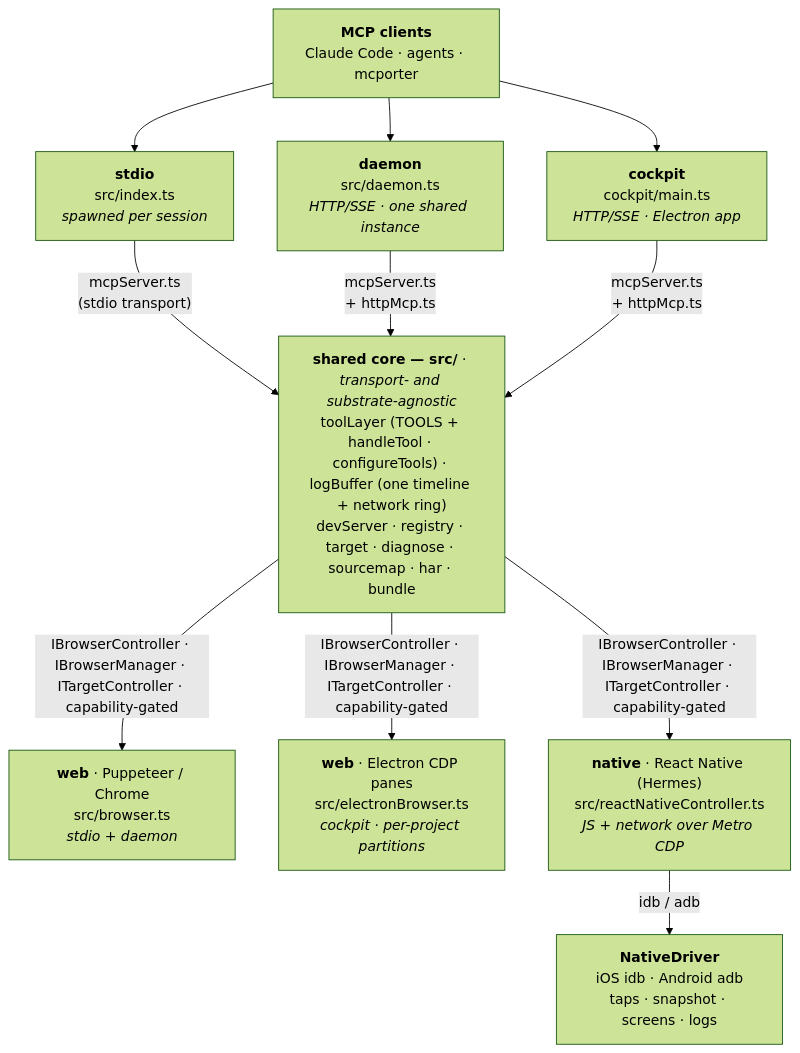
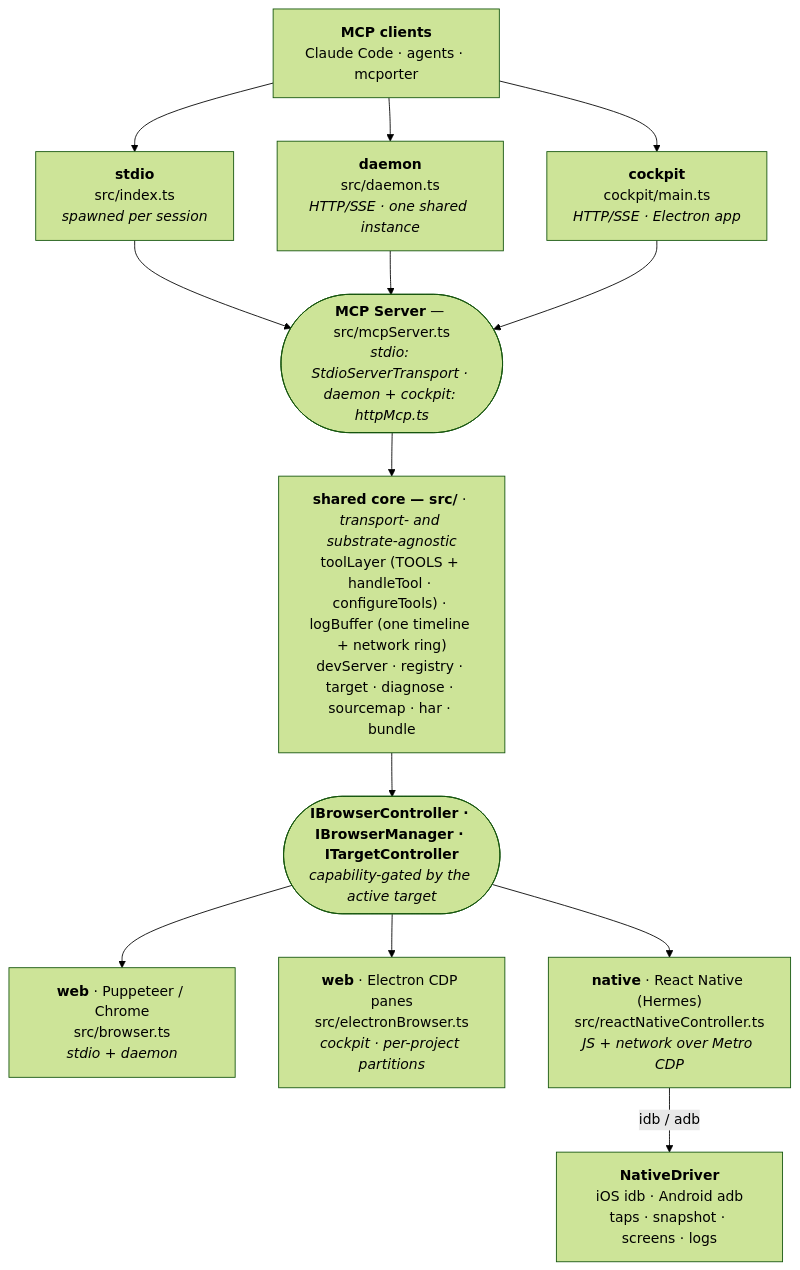
One commit to vincentvella/devloop changed the diagram in README.md. Above: the diagram before and after it, drawn with Mermaid (forest theme). The commit also changed 1 other file, not shown here.

Commit message:
docs: collapse the fan edges into single boundary nodes (no identical boxes)
The two fans (transports→core, core→substrates) repeated the same edge label on every
branch, rendering as identical boxes. Replace each with one rounded boundary node — an
"MCP Server (mcpServer.ts; stdio transport or httpMcp.ts)" node on top and an
"IBrowserController · IBrowserManager · ITargetController (capability-gated)" node below.
Every box is now unique. README + site updated, site re-verified headlessly.

````diff
--- a/README.md
+++ b/README.md
@@ -38,23 +38,26 @@
 ```mermaid
 flowchart TD
   clients["<b>MCP clients</b><br/>Claude Code · agents · mcporter"]
   clients --> stdio & daemon & cockpit
 
   stdio["<b>stdio</b><br/>src/index.ts<br/><i>spawned per session</i>"]
   daemon["<b>daemon</b><br/>src/daemon.ts<br/><i>HTTP/SSE · one shared instance</i>"]
   cockpit["<b>cockpit</b><br/>cockpit/main.ts<br/><i>HTTP/SSE · Electron app</i>"]
 
-  stdio -->|"mcpServer.ts<br/>(stdio transport)"| core
-  daemon -->|"mcpServer.ts<br/>+ httpMcp.ts"| core
-  cockpit -->|"mcpServer.ts<br/>+ httpMcp.ts"| core
+  stdio --> mcp
+  daemon --> mcp
+  cockpit --> mcp
+  mcp(["<b>MCP Server</b> — src/mcpServer.ts<br/><i>stdio: StdioServerTransport · daemon + cockpit: httpMcp.ts</i>"])
+  mcp --> core
 
   core["<b>shared core — src/</b> · <i>transport- and substrate-agnostic</i><br/>toolLayer (TOOLS + handleTool · configureTools) · logBuffer (one timeline + network ring)<br/>devServer · registry · target · diagnose · sourcemap · har · bundle"]
 
-  core -->|"IBrowserController · IBrowserManager · ITargetController · capability-gated"| pup & elec & rn
+  core --> iface(["<b>IBrowserController · IBrowserManager · ITargetController</b><br/><i>capability-gated by the active target</i>"])
+  iface --> pup & elec & rn
 
   pup["<b>web</b> · Puppeteer / Chrome<br/>src/browser.ts<br/><i>stdio + daemon</i>"]
   elec["<b>web</b> · Electron CDP panes<br/>src/electronBrowser.ts<br/><i>cockpit · per-project partitions</i>"]
   rn["<b>native</b> · React Native (Hermes)<br/>src/reactNativeController.ts<br/><i>JS + network over Metro CDP</i>"]
 
   rn -->|"idb / adb"| nd["<b>NativeDriver</b><br/>iOS idb · Android adb<br/>taps · snapshot · screens · logs"]
 ```
````
